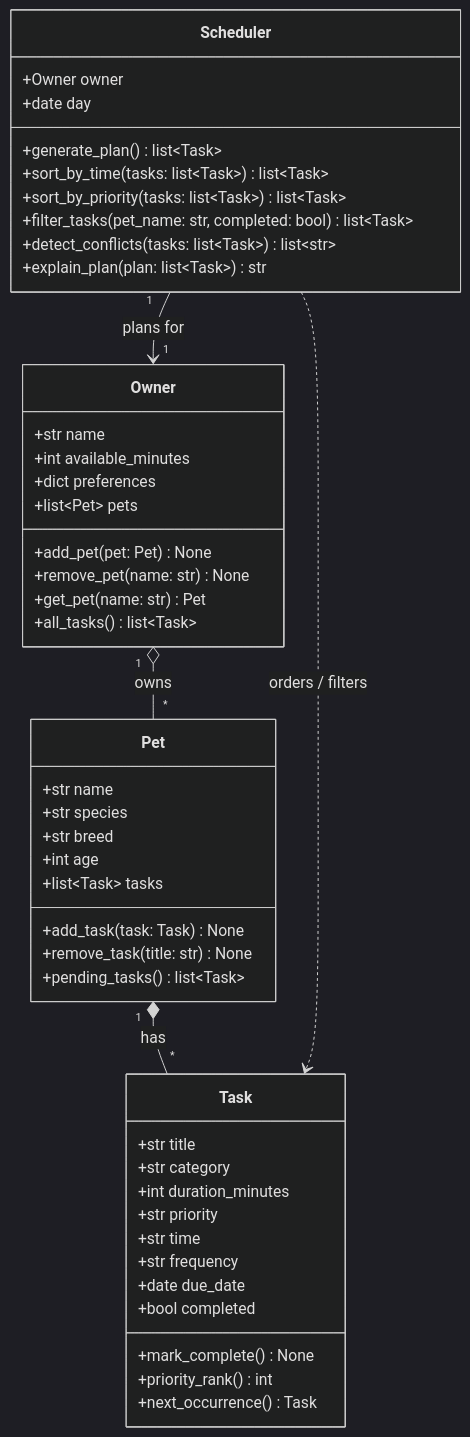
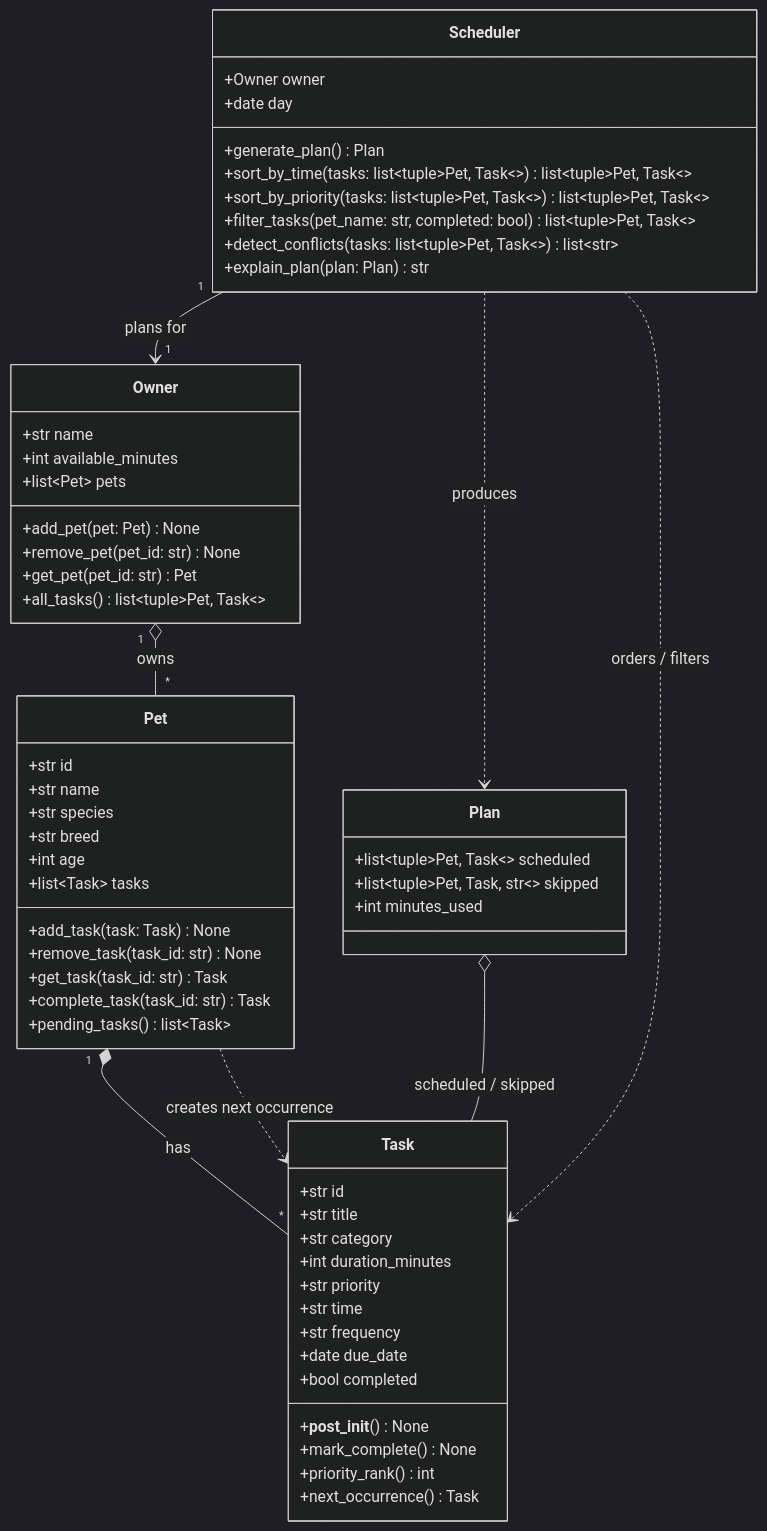
One commit to pavankalyan1436/ai110-module2show-pawpal-starter changed the diagram in diagrams/uml_draft.mmd. Above: the diagram before and after it, drawn with Mermaid (dark theme). The commit also changed 3 other files, not shown here.

Commit message:
refactor: apply AI design review (ids, complete_task, Plan, validation)

```diff
--- a/diagrams/uml_draft.mmd
+++ b/diagrams/uml_draft.mmd
@@ -1,52 +1,65 @@
 classDiagram
     class Owner {
         +str name
         +int available_minutes
-        +dict preferences
         +list~Pet~ pets
         +add_pet(pet: Pet) None
-        +remove_pet(name: str) None
-        +get_pet(name: str) Pet
-        +all_tasks() list~Task~
+        +remove_pet(pet_id: str) None
+        +get_pet(pet_id: str) Pet
+        +all_tasks() list~tuple~Pet, Task~~
     }
 
     class Pet {
+        +str id
         +str name
         +str species
         +str breed
         +int age
         +list~Task~ tasks
         +add_task(task: Task) None
-        +remove_task(title: str) None
+        +remove_task(task_id: str) None
+        +get_task(task_id: str) Task
+        +complete_task(task_id: str) Task
         +pending_tasks() list~Task~
     }
 
     class Task {
+        +str id
         +str title
         +str category
         +int duration_minutes
         +str priority
         +str time
         +str frequency
         +date due_date
         +bool completed
+        +__post_init__() None
         +mark_complete() None
         +priority_rank() int
         +next_occurrence() Task
     }
 
+    class Plan {
+        +list~tuple~Pet, Task~~ scheduled
+        +list~tuple~Pet, Task, str~~ skipped
+        +int minutes_used
+    }
+
     class Scheduler {
         +Owner owner
         +date day
-        +generate_plan() list~Task~
-        +sort_by_time(tasks: list~Task~) list~Task~
-        +sort_by_priority(tasks: list~Task~) list~Task~
-        +filter_tasks(pet_name: str, completed: bool) list~Task~
-        +detect_conflicts(tasks: list~Task~) list~str~
-        +explain_plan(plan: list~Task~) str
+        +generate_plan() Plan
+        +sort_by_time(tasks: list~tuple~Pet, Task~~) list~tuple~Pet, Task~~
+        +sort_by_priority(tasks: list~tuple~Pet, Task~~) list~tuple~Pet, Task~~
+        +filter_tasks(pet_name: str, completed: bool) list~tuple~Pet, Task~~
+        +detect_conflicts(tasks: list~tuple~Pet, Task~~) list~str~
+        +explain_plan(plan: Plan) str
     }
 
     Owner "1" o-- "*" Pet : owns
     Pet "1" *-- "*" Task : has
+    Pet ..> Task : creates next occurrence
     Scheduler "1" --> "1" Owner : plans for
+    Scheduler ..> Plan : produces
+    Plan o-- Task : scheduled / skipped
     Scheduler ..> Task : orders / filters
```
